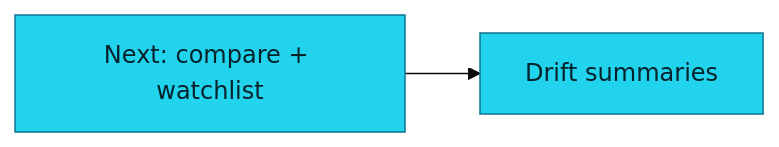
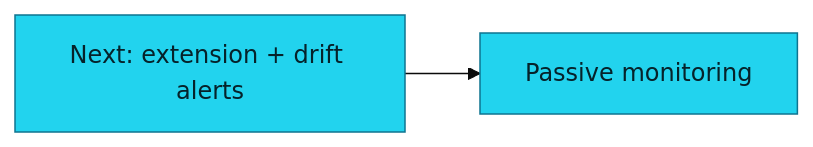
One commit to aniruddhaadak80/truthlens changed the eighth of 9 diagrams in README.md. Above: the diagram before and after it, drawn with Mermaid (base theme). The commit also changed other lines of this file and 28 other files, not shown here.

````diff
--- a/README.md
+++ b/README.md
@@ -313,6 +342,6 @@
 ```mermaid
 graph LR
-  NEXT[Next: compare + watchlist] --> DRIFT[Drift summaries]
+  NEXT[Next: extension + drift alerts] --> REACH[Passive monitoring]
   classDef live fill:#22d3ee,stroke:#0e7490,color:#06222a
-  class NEXT,DRIFT live
+  class NEXT,REACH live
 ```
````
